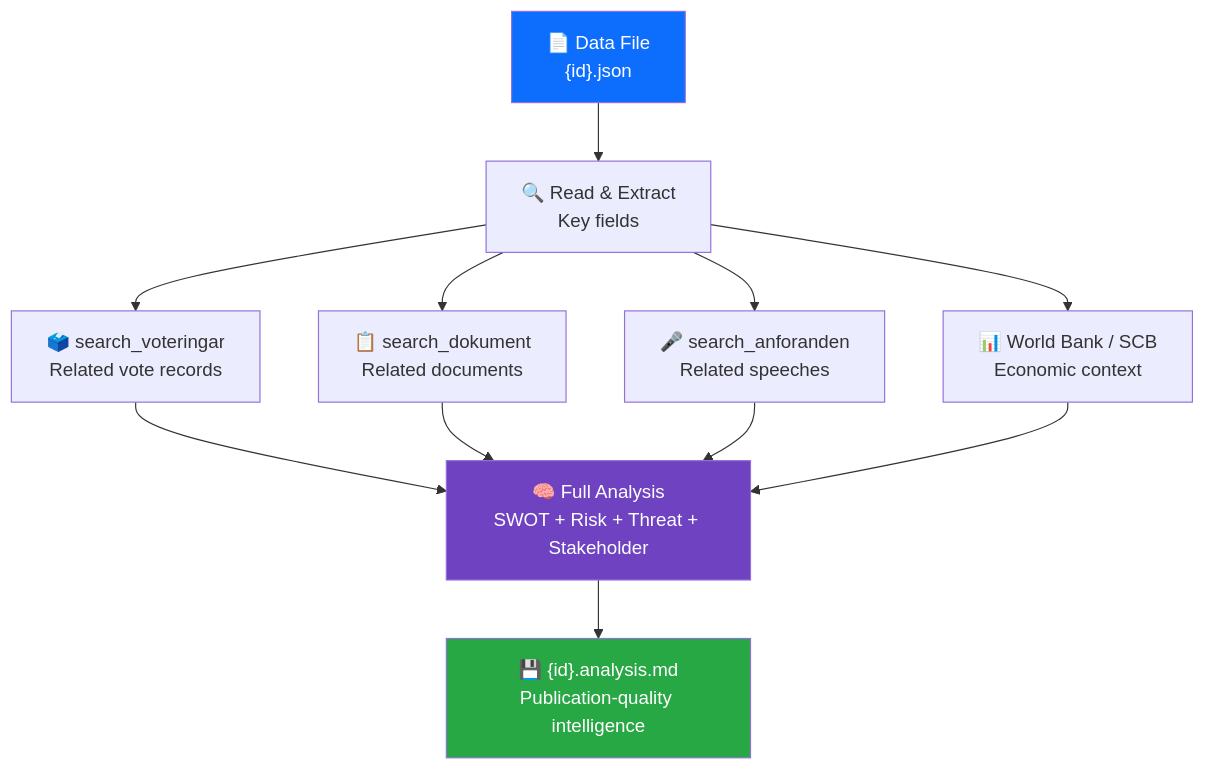
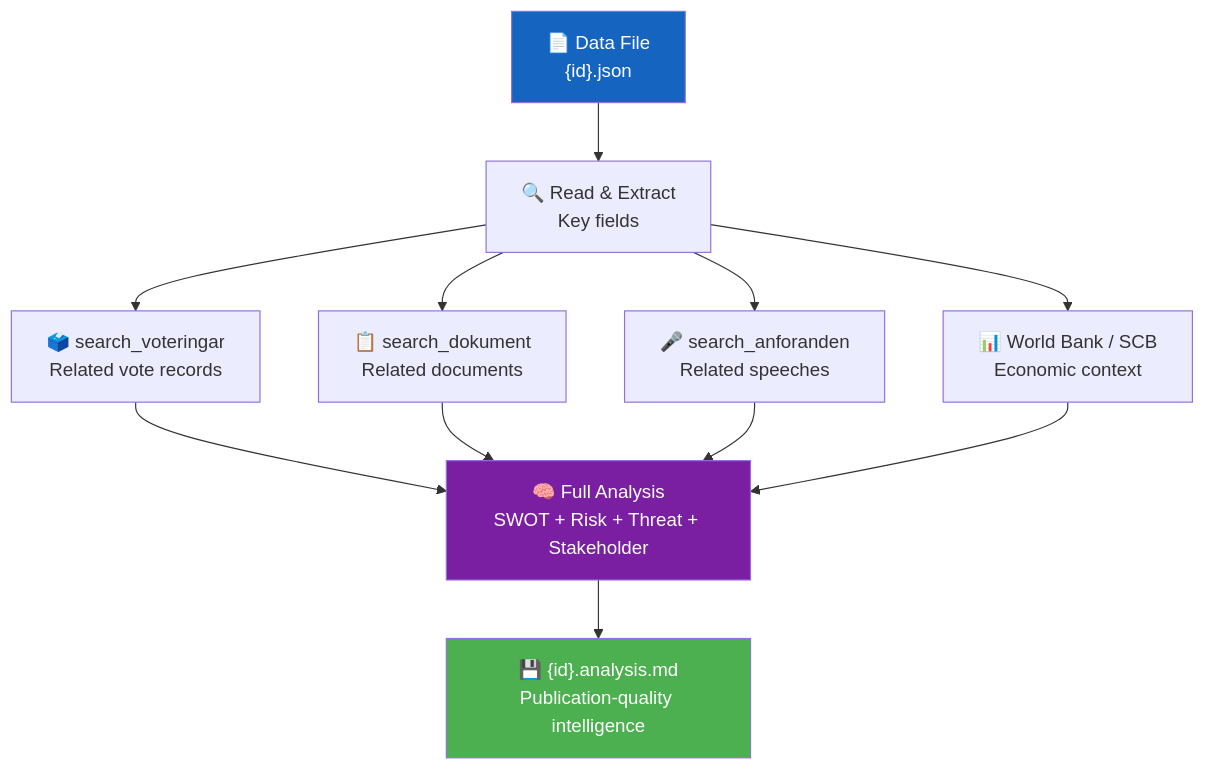
One commit to Hack23/riksdagsmonitor changed the fourth of 11 diagrams in analysis/methodologies/ai-driven-analysis-guide.md. Above: the diagram before and after it, drawn with Mermaid. The commit also changed other lines of this file and 14 other files, not shown here.

First line of the commit message:
Align analysis/ mermaid diagrams with ISMS Style Guide palette and convert SWOT to quadrantChart

````diff
--- a/analysis/methodologies/ai-driven-analysis-guide.md
+++ b/analysis/methodologies/ai-driven-analysis-guide.md
@@ -584,19 +584,19 @@
 ```mermaid
 graph TD
     FILE["📄 Data File<br/>{id}.json"] --> READ["🔍 Read & Extract<br/>Key fields"]
     READ --> MCP1["🗳️ search_voteringar<br/>Related vote records"]
     READ --> MCP2["📋 search_dokument<br/>Related documents"]
     READ --> MCP3["🎤 search_anforanden<br/>Related speeches"]
     READ --> MCP4["📊 World Bank / SCB<br/>Economic context"]
     
     MCP1 --> ANALYSIS["🧠 Full Analysis<br/>SWOT + Risk + Threat + Stakeholder"]
     MCP2 --> ANALYSIS
     MCP3 --> ANALYSIS
     MCP4 --> ANALYSIS
     
     ANALYSIS --> OUTPUT["💾 {id}.analysis.md<br/>Publication-quality intelligence"]
     
-    style FILE fill:#0d6efd,color:#fff
-    style ANALYSIS fill:#6f42c1,color:#fff
-    style OUTPUT fill:#28a745,color:#fff
+    style FILE fill:#1565C0,color:#FFFFFF
+    style ANALYSIS fill:#7B1FA2,color:#FFFFFF
+    style OUTPUT fill:#4CAF50,color:#FFFFFF
 ```
````
